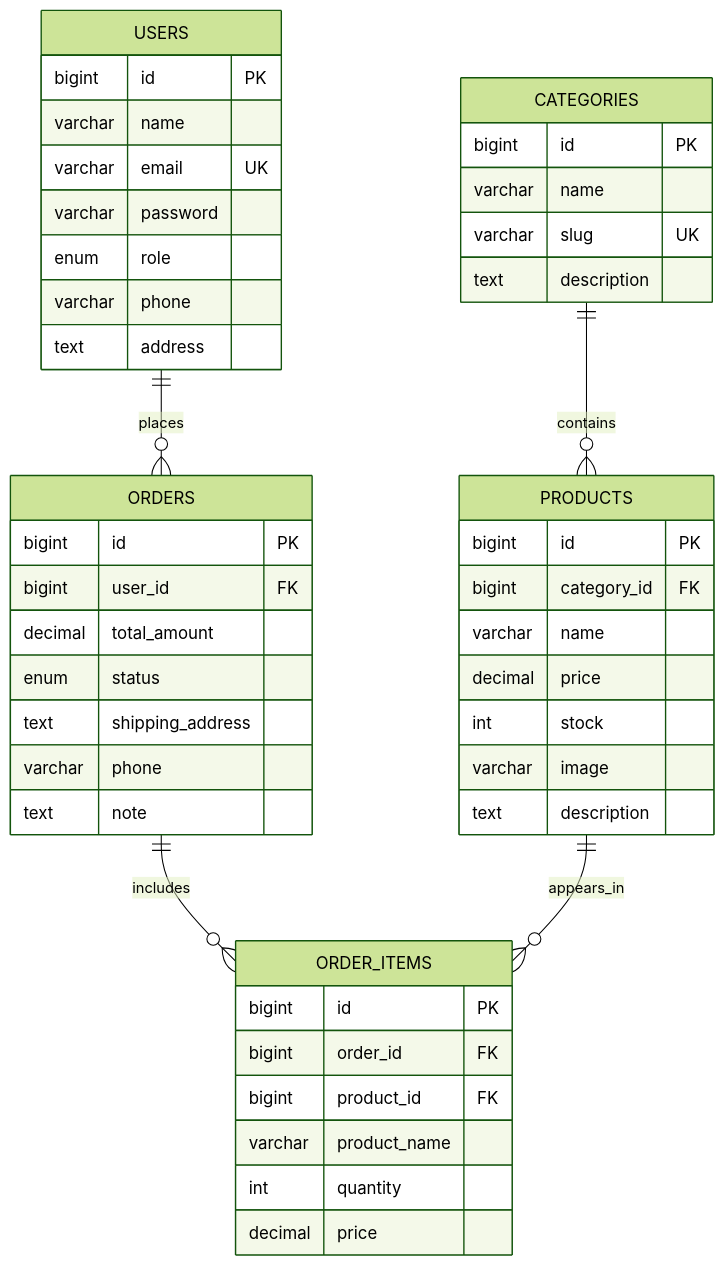
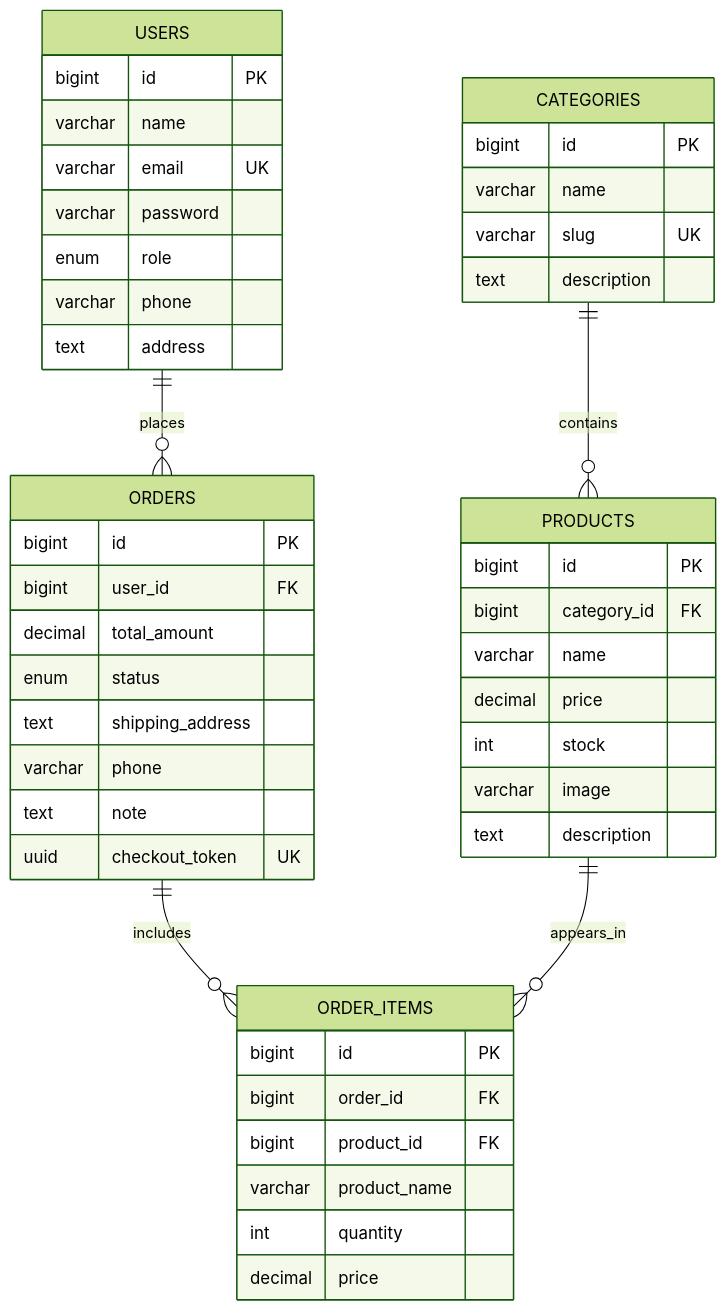
Before and after one commit to Huong36/smartcart-project: the diagram in docs/ERD.md, drawn with Mermaid (forest theme). The commit also changed other lines of this file and 18 other files, not shown here.

````diff
--- a/docs/ERD.md
+++ b/docs/ERD.md
@@ -9,48 +9,49 @@
 ```mermaid
 erDiagram
     USERS ||--o{ ORDERS : places
     CATEGORIES ||--o{ PRODUCTS : contains
     ORDERS ||--o{ ORDER_ITEMS : includes
     PRODUCTS ||--o{ ORDER_ITEMS : appears_in
     USERS {
         bigint id PK
         varchar name
         varchar email UK
         varchar password
         enum role
         varchar phone
         text address
     }
     CATEGORIES {
         bigint id PK
         varchar name
         varchar slug UK
         text description
     }
     PRODUCTS {
         bigint id PK
         bigint category_id FK
         varchar name
         decimal price
         int stock
         varchar image
         text description
     }
     ORDERS {
         bigint id PK
         bigint user_id FK
         decimal total_amount
         enum status
         text shipping_address
         varchar phone
         text note
+        uuid checkout_token UK
     }
     ORDER_ITEMS {
         bigint id PK
         bigint order_id FK
         bigint product_id FK
         varchar product_name
         int quantity
         decimal price
     }
 ```
````
